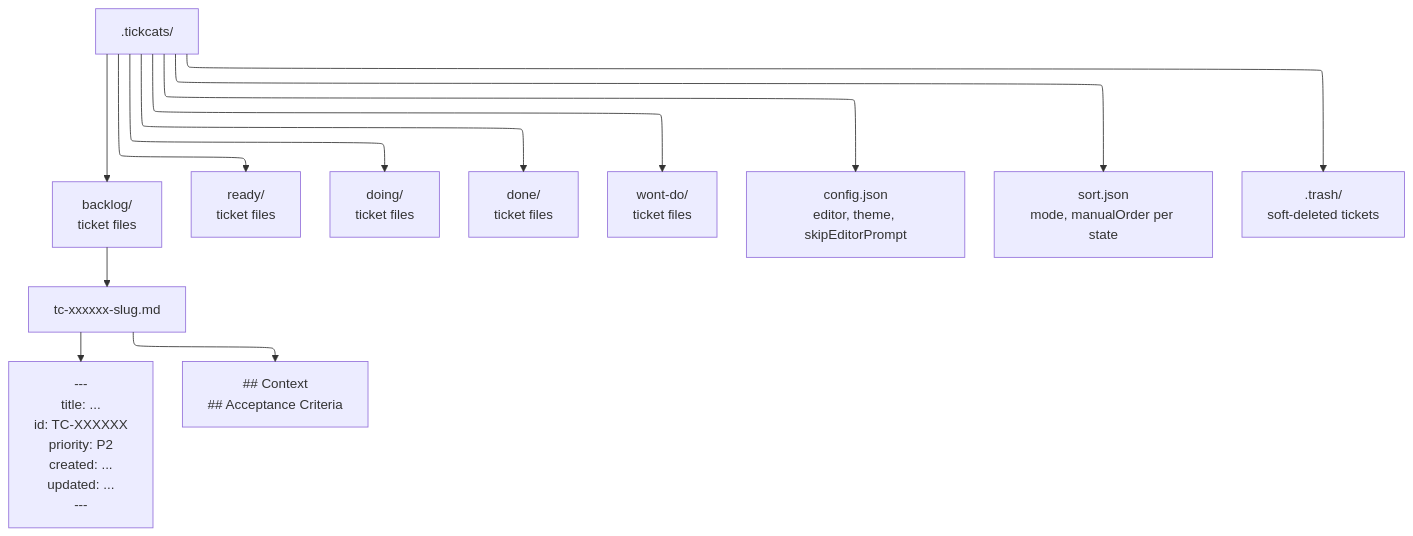
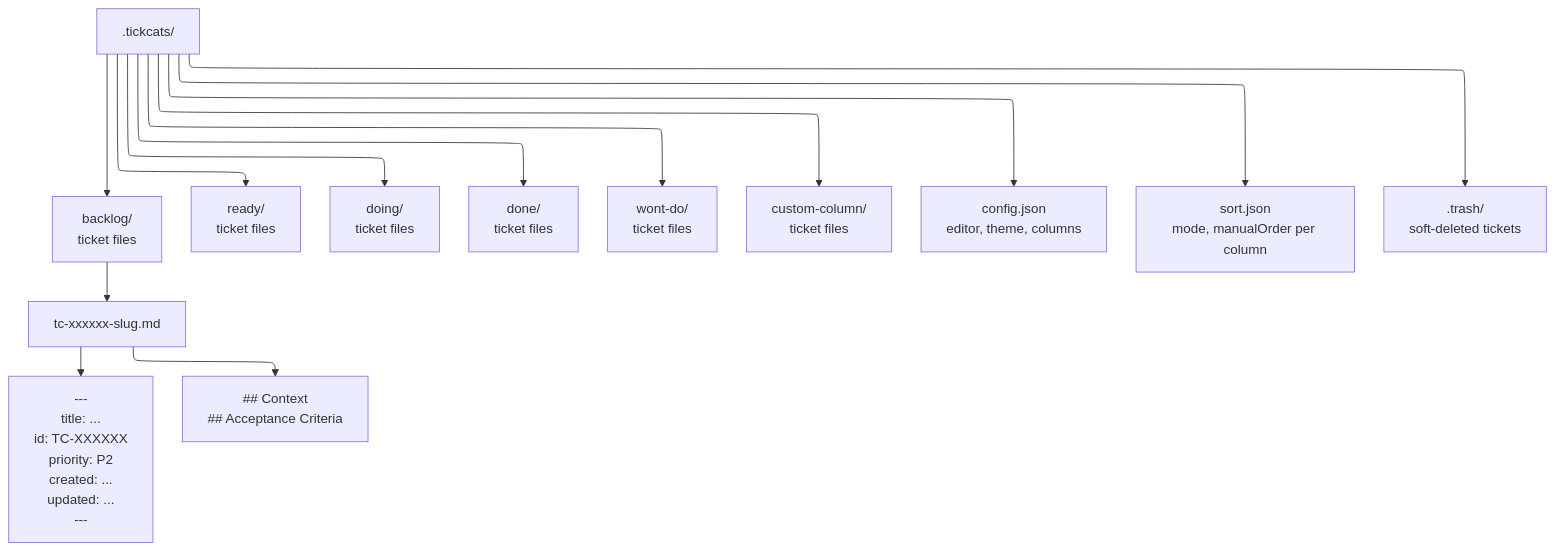
One commit to dawidsok/tickcats changed the second of 4 diagrams in docs/flows/architecture.md. Above: the diagram before and after it, drawn with Mermaid. The commit also changed other lines of this file and 29 other files, not shown here.

````diff
--- a/docs/flows/architecture.md
+++ b/docs/flows/architecture.md
@@ -56,17 +56,18 @@
 ```mermaid
 %%{init: {"flowchart": {"defaultRenderer": "elk"}} }%%
 flowchart TD
     Root[".tickcats/"]
     Root --> Backlog["backlog/\nticket files"]
     Root --> Ready["ready/\nticket files"]
     Root --> Doing["doing/\nticket files"]
     Root --> Done["done/\nticket files"]
     Root --> WontDo["wont-do/\nticket files"]
-    Root --> Config["config.json\neditor, theme, skipEditorPrompt"]
-    Root --> SortJSON["sort.json\nmode, manualOrder per state"]
+    Root --> Custom["custom-column/\nticket files"]
+    Root --> Config["config.json\neditor, theme, columns"]
+    Root --> SortJSON["sort.json\nmode, manualOrder per column"]
     Root --> Trash[".trash/\nsoft-deleted tickets"]
 
     Backlog --> File["tc-xxxxxx-slug.md"]
     File --> FM["---\ntitle: ...\nid: TC-XXXXXX\npriority: P2\ncreated: ...\nupdated: ...\n---"]
     File --> Body["## Context\n## Acceptance Criteria"]
 ```
````
